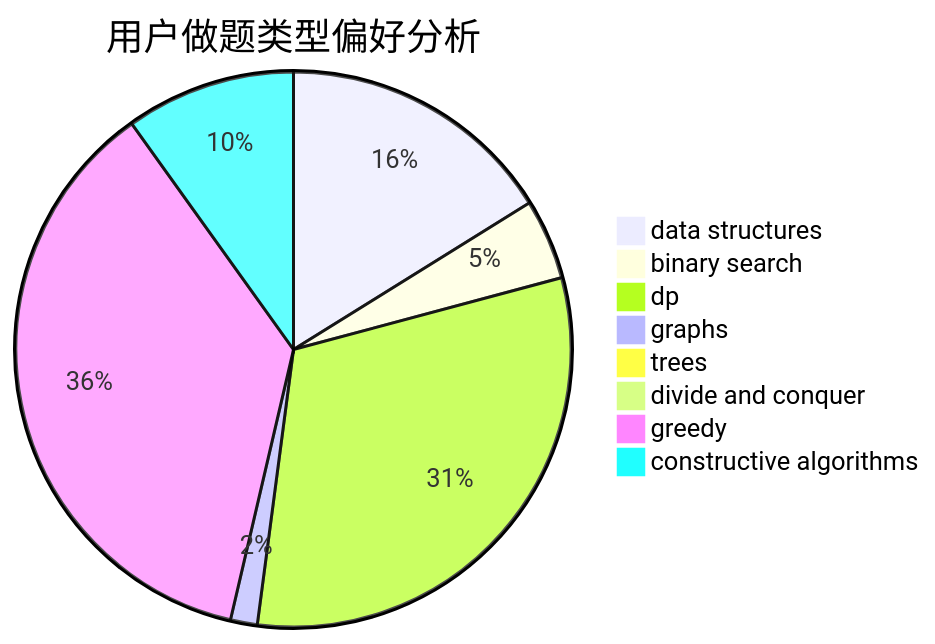
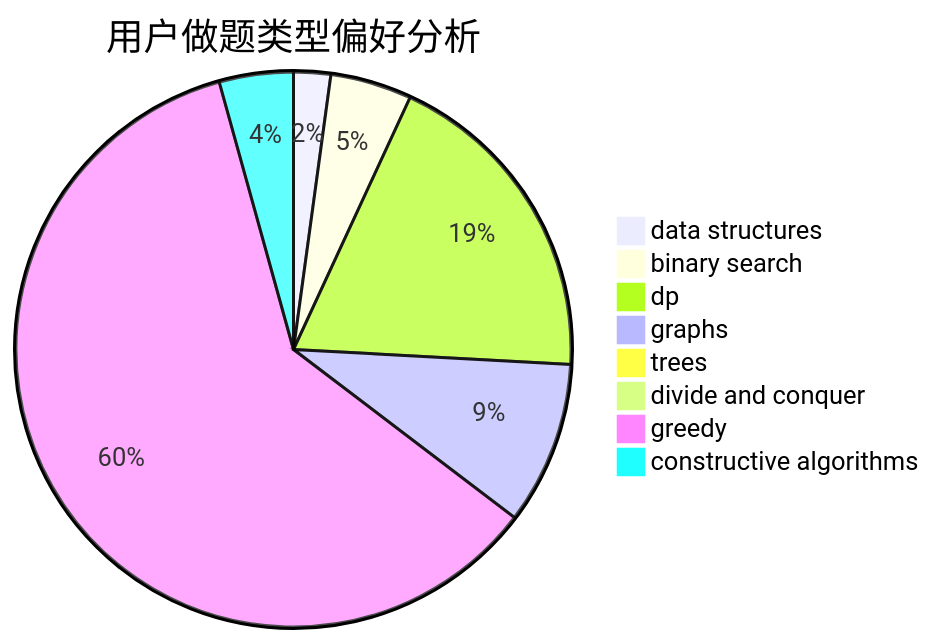
One commit to sherpahu/cfrs.github.io changed the second of 3 diagrams in docs/user/u1534.md. Above: the diagram before and after it, drawn with Mermaid. The commit also changed other lines of this file and 2770 other files, not shown here.

````diff
--- a/docs/user/u1534.md
+++ b/docs/user/u1534.md
@@ -23,11 +23,11 @@
 ```mermaid
 pie title 用户做题类型偏好分析
-    "data structures" :  31
-    "binary search" :  9
-    "dp" :  60
-    "graphs" :  3
-    "trees" :  1
+    "data structures" :  5
+    "binary search" :  11
+    "dp" :  44
+    "graphs" :  22
+    "trees" :  2
     "divide and conquer" :  0
-    "greedy" :  70
-    "constructive algorithms" :  19
+    "greedy" :  140
+    "constructive algorithms" :  10
 ```
````
